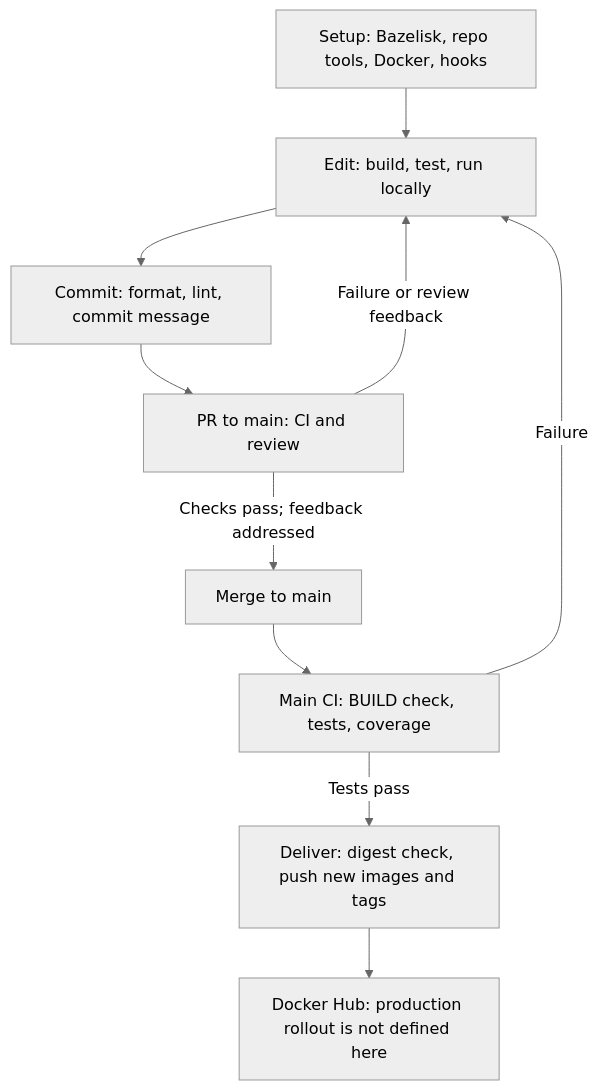
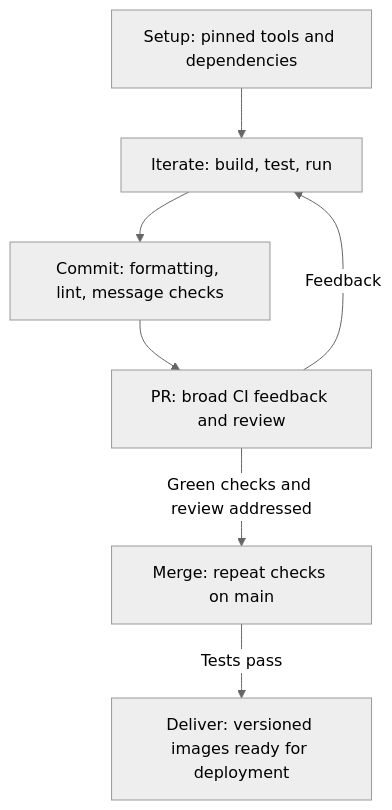
The diagram in docs/development-workflow.md (jackvincentnz/lab), drawn with Mermaid (neutral theme) before and after one commit. The commit also changed other lines of this file and 2 other files, not shown here.

````diff
--- a/docs/development-workflow.md
+++ b/docs/development-workflow.md
@@ -7,12 +8,9 @@
 ```mermaid
 flowchart TD
-  Setup["Setup: Bazelisk, repo tools, Docker, hooks"] --> Edit["Edit: build, test, run locally"]
-  Edit --> Commit["Commit: format, lint, commit message"]
-  Commit --> PR["PR to main: CI and review"]
-  PR -->|"Checks pass; feedback addressed"| Merge["Merge to main"]
-  PR -->|"Failure or review feedback"| Edit
-  Merge --> Main["Main CI: BUILD check, tests, coverage"]
-  Main -->|"Tests pass"| Images["Deliver: digest check, push new images and tags"]
-  Main -->|"Failure"| Edit
-  Images --> Boundary["Docker Hub: production rollout is not defined here"]
+  Setup["Setup: pinned tools and dependencies"] --> Work["Iterate: build, test, run"]
+  Work --> Commit["Commit: formatting, lint, message checks"]
+  Commit --> PR["PR: broad CI feedback and review"]
+  PR -->|"Feedback"| Work
+  PR -->|"Green checks and review addressed"| Main["Merge: repeat checks on main"]
+  Main -->|"Tests pass"| Images["Deliver: versioned images ready for deployment"]
 ```
````
